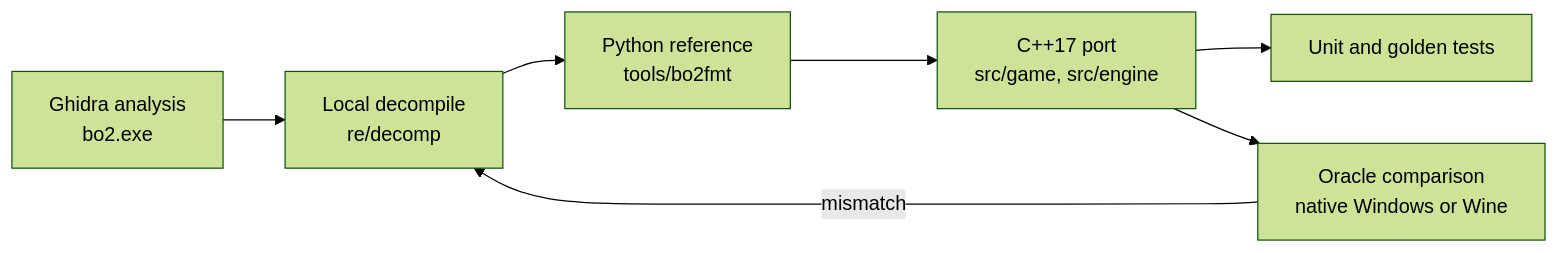
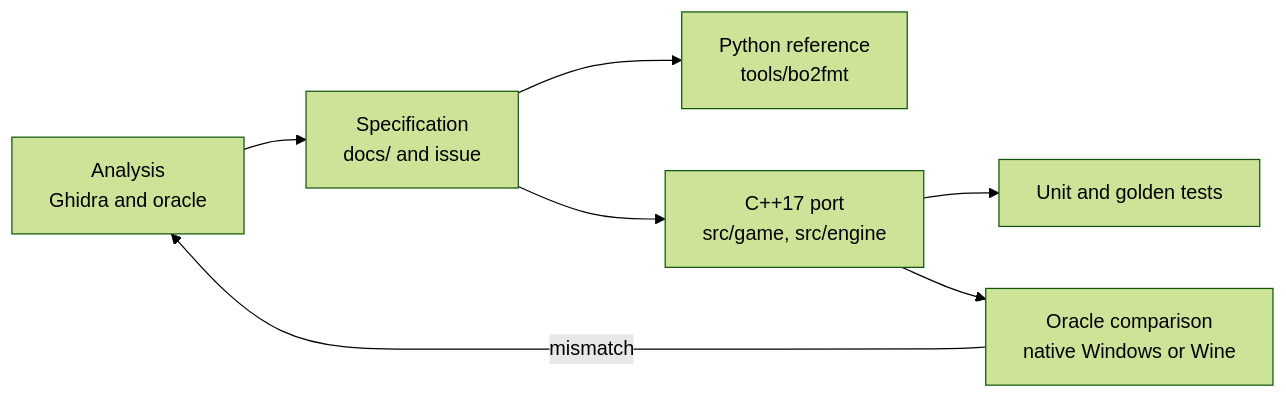
Before and after one commit to felipesuarez-dev/BloodOmen2NX: the second of 2 diagrams in README.en.md, drawn with Mermaid (forest theme). The commit also changed other lines of this file and 3 other files, not shown here.

````diff
--- a/README.en.md
+++ b/README.en.md
@@ -254,9 +254,9 @@
 ```mermaid
 flowchart LR
-    A[Ghidra analysis<br/>bo2.exe] --> B[Local decompile<br/>re/decomp]
+    A[Analysis<br/>Ghidra and oracle] --> B[Specification<br/>docs/ and issue]
     B --> C[Python reference<br/>tools/bo2fmt]
-    C --> D[C++17 port<br/>src/game, src/engine]
+    B --> D[C++17 port<br/>src/game, src/engine]
     D --> E[Unit and golden tests]
     D --> F[Oracle comparison<br/>native Windows or Wine]
-    F -->|mismatch| B
+    F -->|mismatch| A
 ```
````
